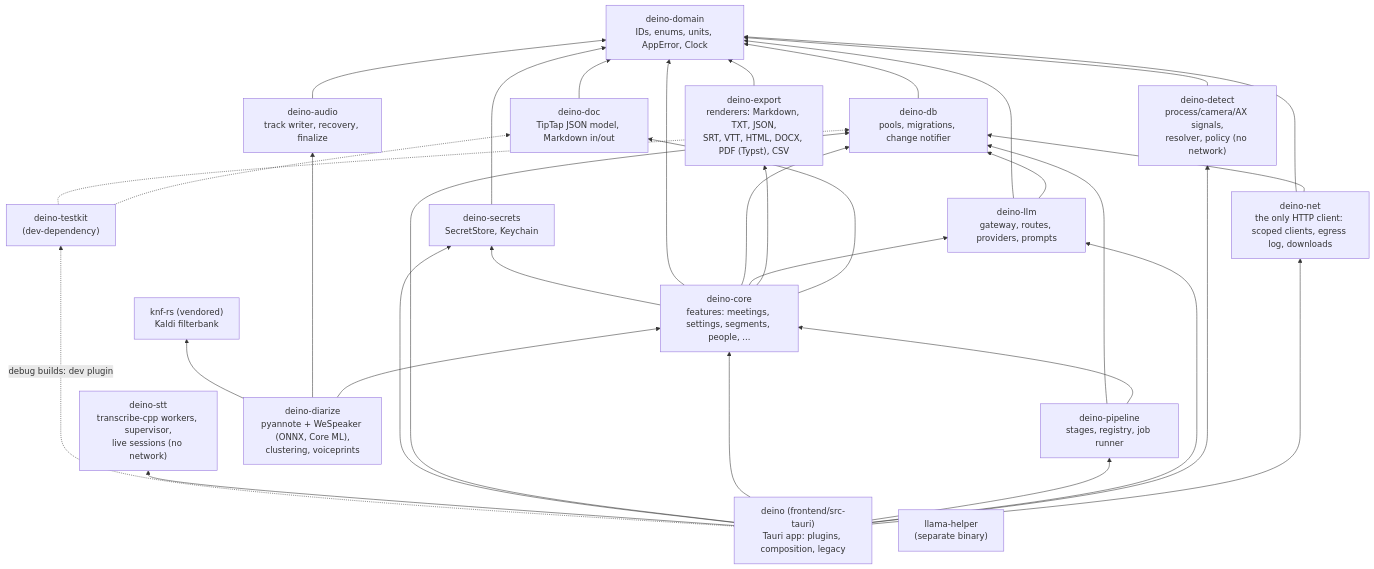
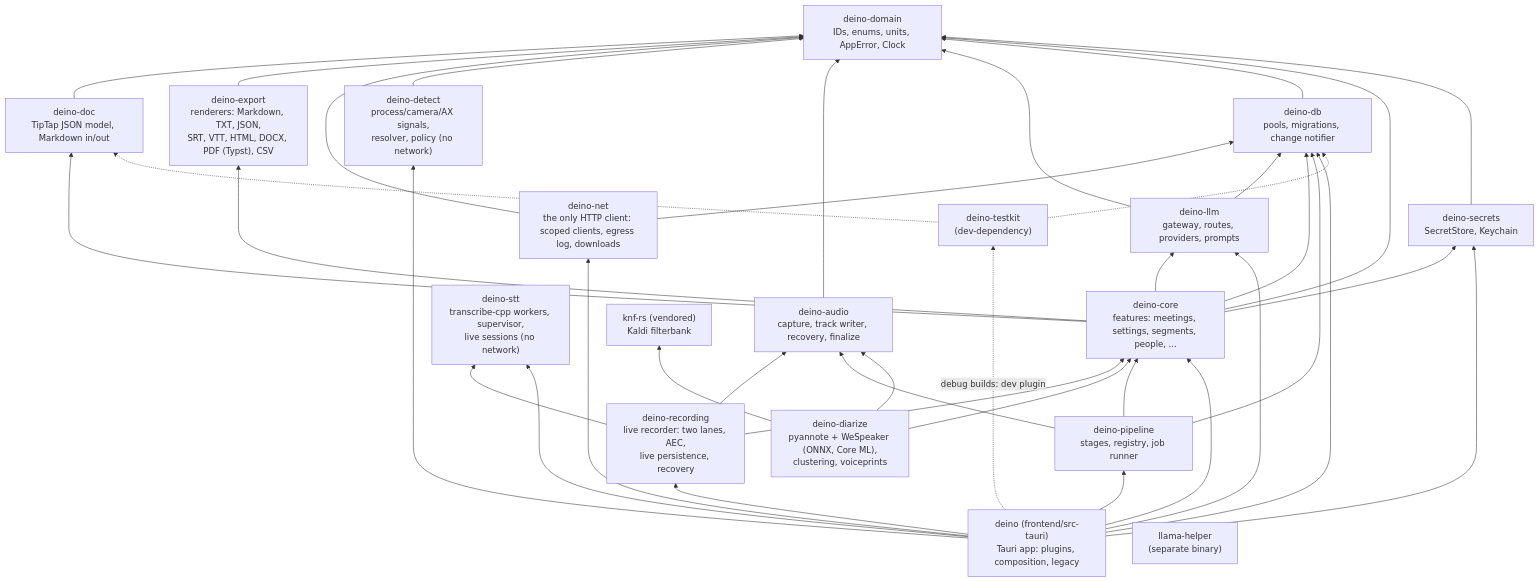
The second of 8 diagrams in docs/ARCHITECTURE.md (xenshreyas/Deino), drawn with Mermaid before and after one commit. The commit also changed other lines of this file and 4 other files, not shown here.

Commit message:
docs: FND-05b and CAP-02 (ADR 0026, architecture, plan, READMEs, notices)

````diff
--- a/docs/ARCHITECTURE.md
+++ b/docs/ARCHITECTURE.md
@@ -64,52 +64,58 @@
 ```mermaid
 flowchart BT
   domain["deino-domain<br/>IDs, enums, units, AppError, Clock"]
   db["deino-db<br/>pools, migrations, change notifier"]
   core["deino-core<br/>features: meetings, settings, segments, people, ..."]
   secrets["deino-secrets<br/>SecretStore, Keychain"]
   pipeline["deino-pipeline<br/>stages, registry, job runner"]
   testkit["deino-testkit<br/>(dev-dependency)"]
   stt["deino-stt<br/>transcribe-cpp workers, supervisor,<br/>live sessions (no network)"]
   app["deino (frontend/src-tauri)<br/>Tauri app: plugins, composition, legacy"]
   helper["llama-helper<br/>(separate binary)"]
-  audio["deino-audio<br/>track writer, recovery, finalize"]
+  audio["deino-audio<br/>capture, track writer, recovery, finalize"]
+  recording["deino-recording<br/>live recorder: two lanes, AEC,<br/>live persistence, recovery"]
+  recording --> audio
+  recording --> stt
+  recording --> core
+  app --> recording
+  pipeline --> audio
   llm["deino-llm<br/>gateway, routes, providers, prompts"]
   doc["deino-doc<br/>TipTap JSON model, Markdown in/out"]
   doc --> domain
   core --> doc
   export["deino-export<br/>renderers: Markdown, TXT, JSON,<br/>SRT, VTT, HTML, DOCX, PDF (Typst), CSV"]
   export --> domain
   core --> export
   testkit -.-> doc
   net["deino-net<br/>the only HTTP client: scoped clients, egress log, downloads"]
   net --> db
   net --> domain
   app --> net
   diarize["deino-diarize<br/>pyannote + WeSpeaker (ONNX, Core ML),<br/>clustering, voiceprints"]
   detect["deino-detect<br/>process/camera/AX signals,<br/>resolver, policy (no network)"]
   detect --> domain
   app --> detect
   knf["knf-rs (vendored)<br/>Kaldi filterbank"]
   diarize --> core
   diarize --> audio
   diarize --> knf
   audio --> domain
   llm --> db
   llm --> domain
   core --> llm
   app --> llm
   db --> domain
   core --> db
   core --> domain
   core --> secrets
   secrets --> domain
   pipeline --> core
   pipeline --> db
   app --> pipeline
   app --> core
   app --> db
   app --> secrets
   app --> stt
   app -. "debug builds: dev plugin" .-> testkit
   testkit -.-> db
 ```
````
